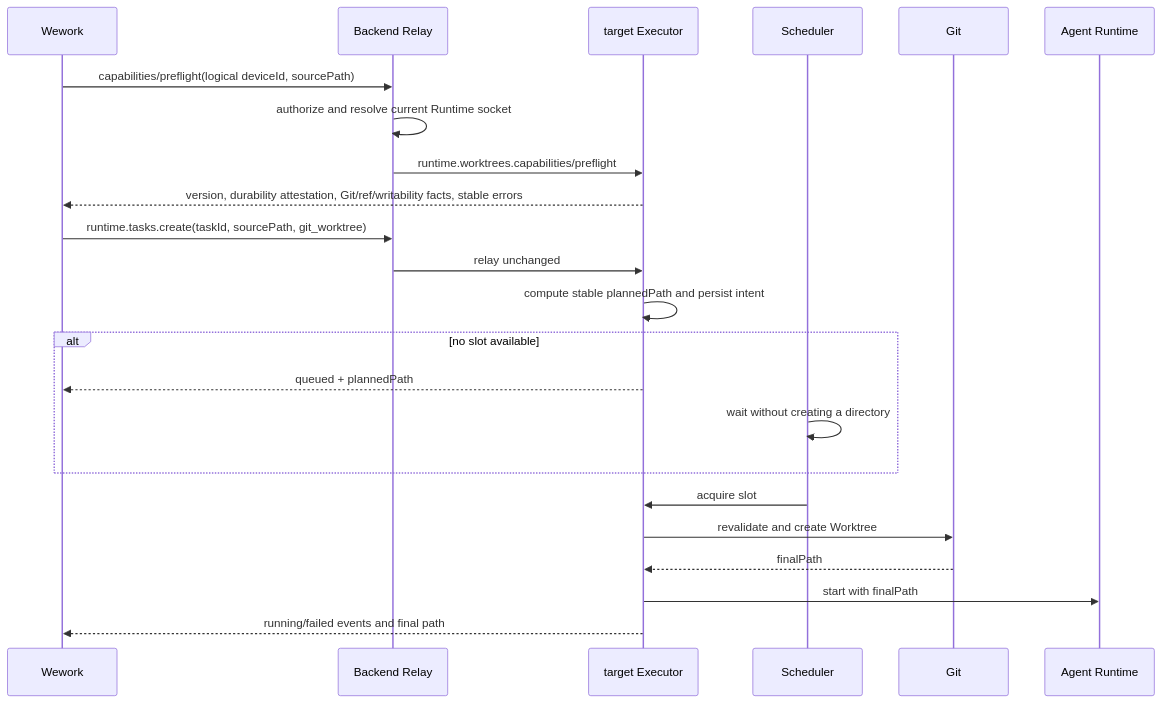
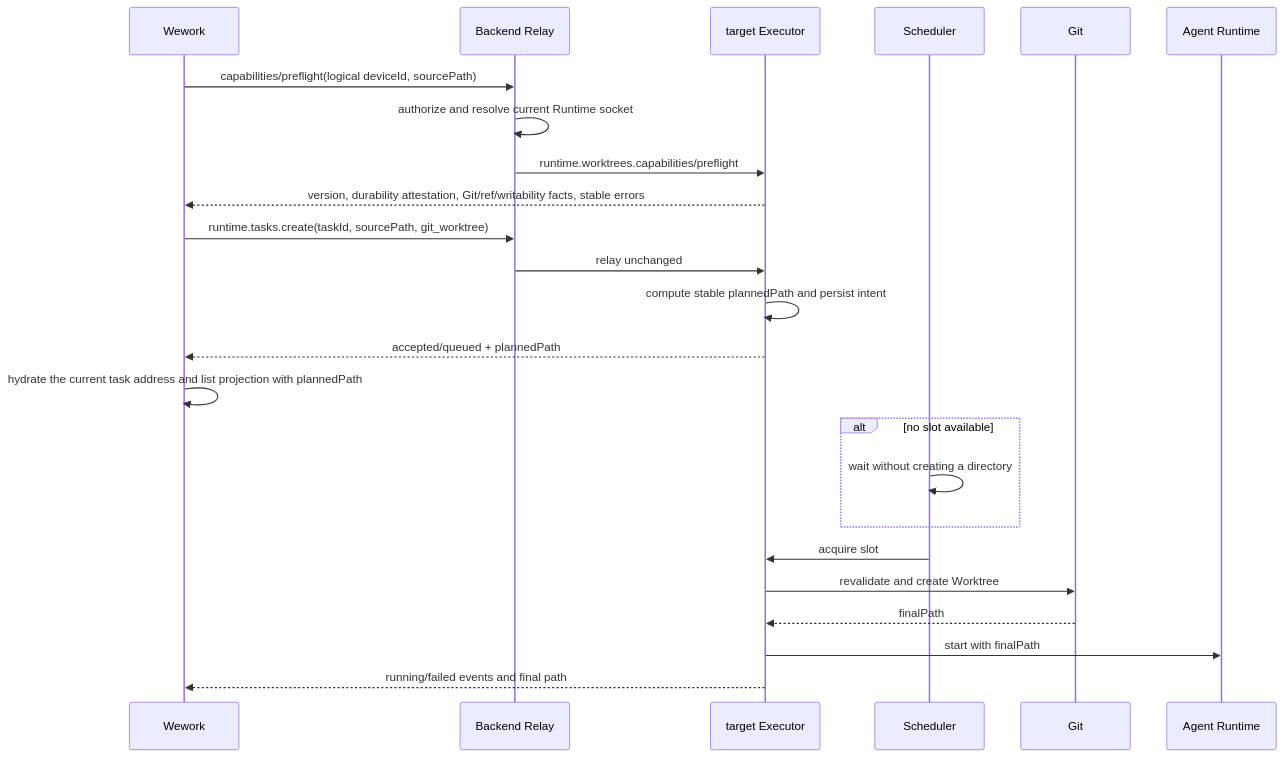
One commit to wecode-ai/wegent-docs changed the second of 3 diagrams in docs/architecture/git-worktree-execution.md. Above: the diagram before and after it, drawn with Mermaid. The commit also changed other lines of this file and 3 other files, not shown here.

````diff
--- a/docs/architecture/git-worktree-execution.md
+++ b/docs/architecture/git-worktree-execution.md
@@ -40,26 +40,27 @@
 ```mermaid
 sequenceDiagram
     participant U as Wework
     participant B as Backend Relay
     participant E as target Executor
     participant S as Scheduler
     participant G as Git
     participant R as Agent Runtime
 
     U->>B: capabilities/preflight(logical deviceId, sourcePath)
     B->>B: authorize and resolve current Runtime socket
     B->>E: runtime.worktrees.capabilities/preflight
     E-->>U: version, durability attestation, Git/ref/writability facts, stable errors
     U->>B: runtime.tasks.create(taskId, sourcePath, git_worktree)
     B->>E: relay unchanged
     E->>E: compute stable plannedPath and persist intent
+    E-->>U: accepted/queued + plannedPath
+    U->>U: hydrate the current task address and list projection with plannedPath
     alt no slot available
-        E-->>U: queued + plannedPath
         S->>S: wait without creating a directory
     end
     S->>E: acquire slot
     E->>G: revalidate and create Worktree
     G-->>E: finalPath
     E->>R: start with finalPath
     E-->>U: running/failed events and final path
 ```
````
